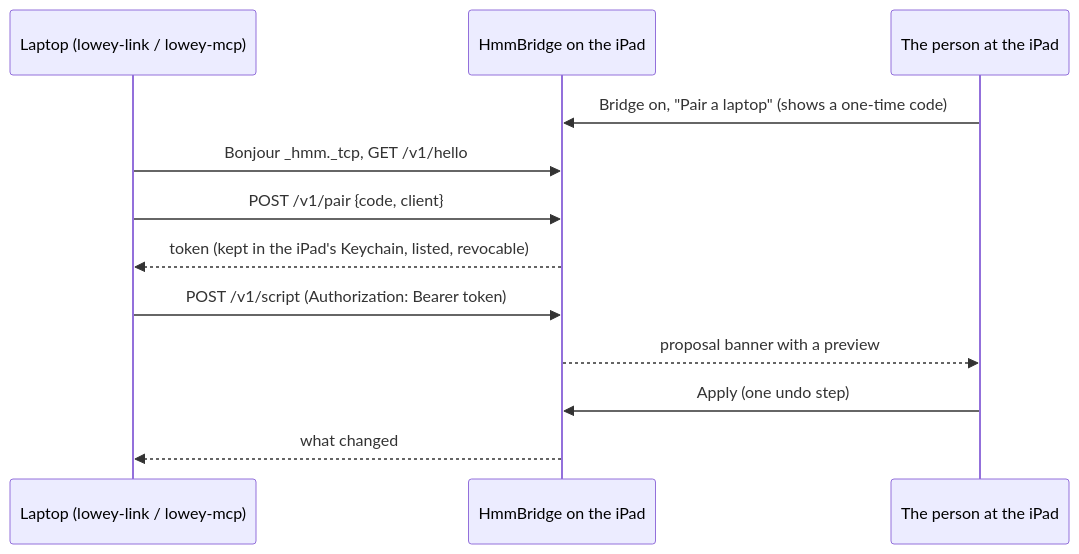
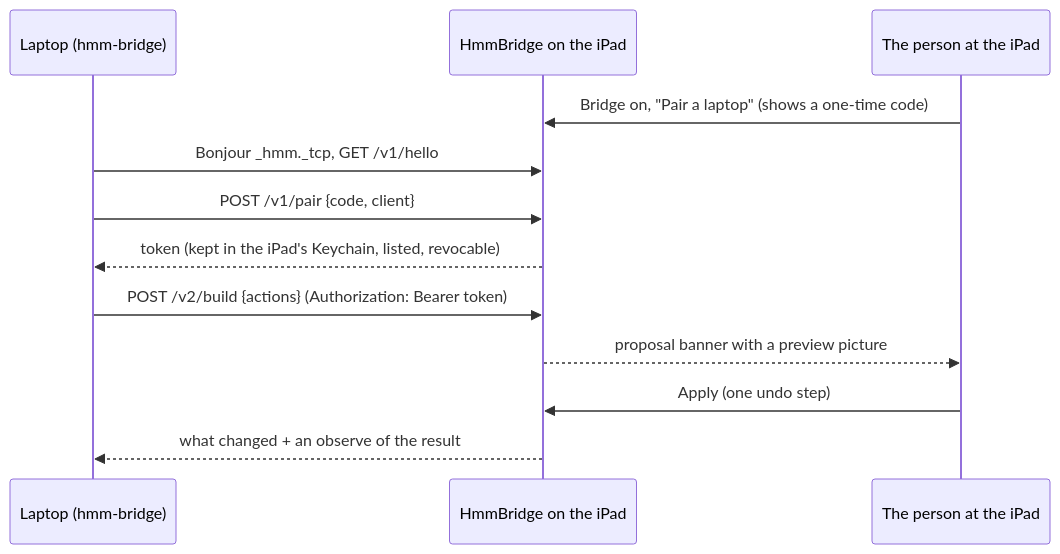
Before and after one commit to AhmedHeshamEG/3D-lowey: the fourth of 5 diagrams in docs/ARCHITECTURE.md, drawn with Mermaid. The commit also changed other lines of this file and 6 other files, not shown here.

Commit message:
docs: true for 2.0 — SPEC, MIGRATION, CHANGELOG, README, BACKLOG, ARCHITECTURE

````diff
--- a/docs/ARCHITECTURE.md
+++ b/docs/ARCHITECTURE.md
@@ -116,14 +116,14 @@
 ```mermaid
 sequenceDiagram
-    participant L as Laptop (lowey-link / lowey-mcp)
+    participant L as Laptop (hmm-bridge)
     participant B as HmmBridge on the iPad
     participant U as The person at the iPad
     U->>B: Bridge on, "Pair a laptop" (shows a one-time code)
     L->>B: Bonjour _hmm._tcp, GET /v1/hello
     L->>B: POST /v1/pair {code, client}
     B-->>L: token (kept in the iPad's Keychain, listed, revocable)
-    L->>B: POST /v1/script (Authorization: Bearer token)
-    B-->>U: proposal banner with a preview
+    L->>B: POST /v2/build {actions} (Authorization: Bearer token)
+    B-->>U: proposal banner with a preview picture
     U->>B: Apply (one undo step)
-    B-->>L: what changed
+    B-->>L: what changed + an observe of the result
 ```
````
